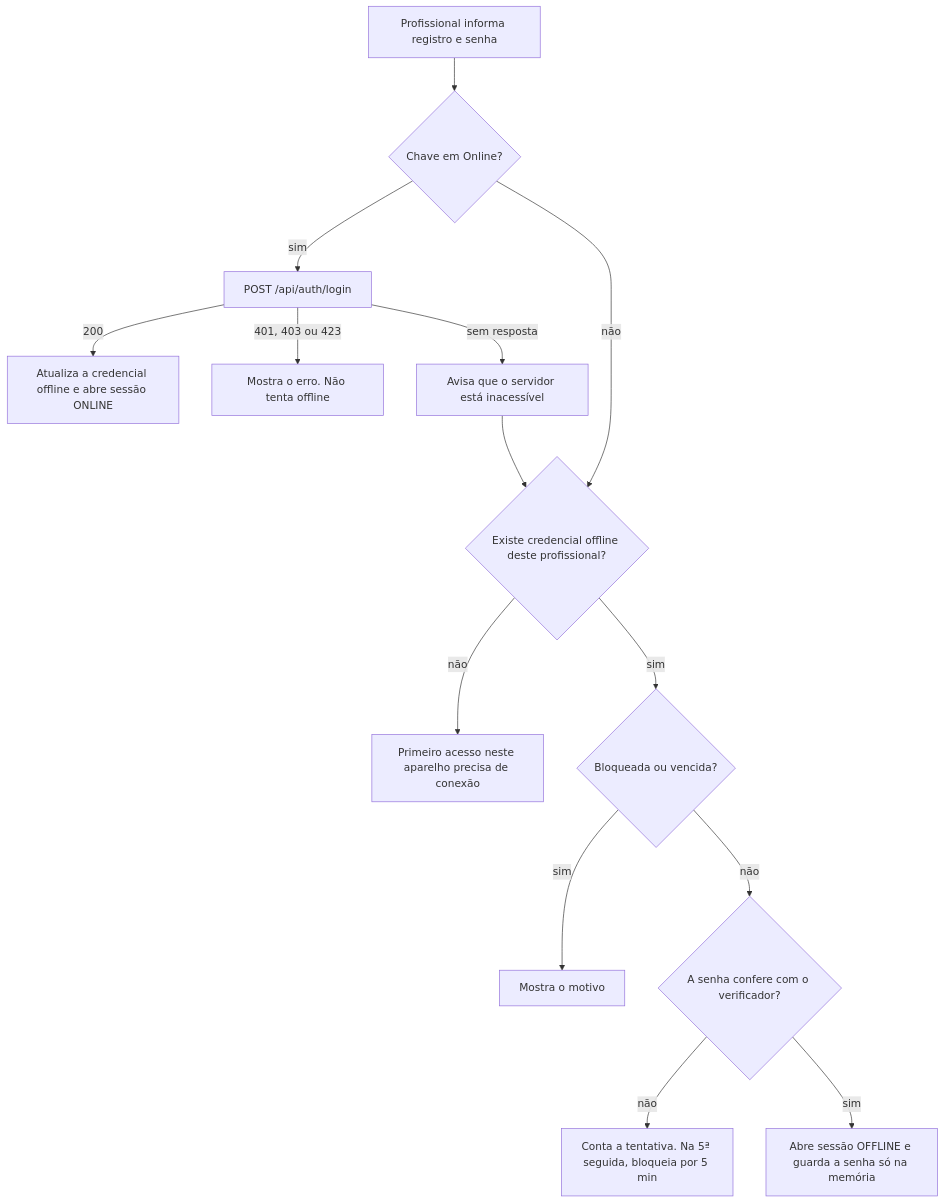
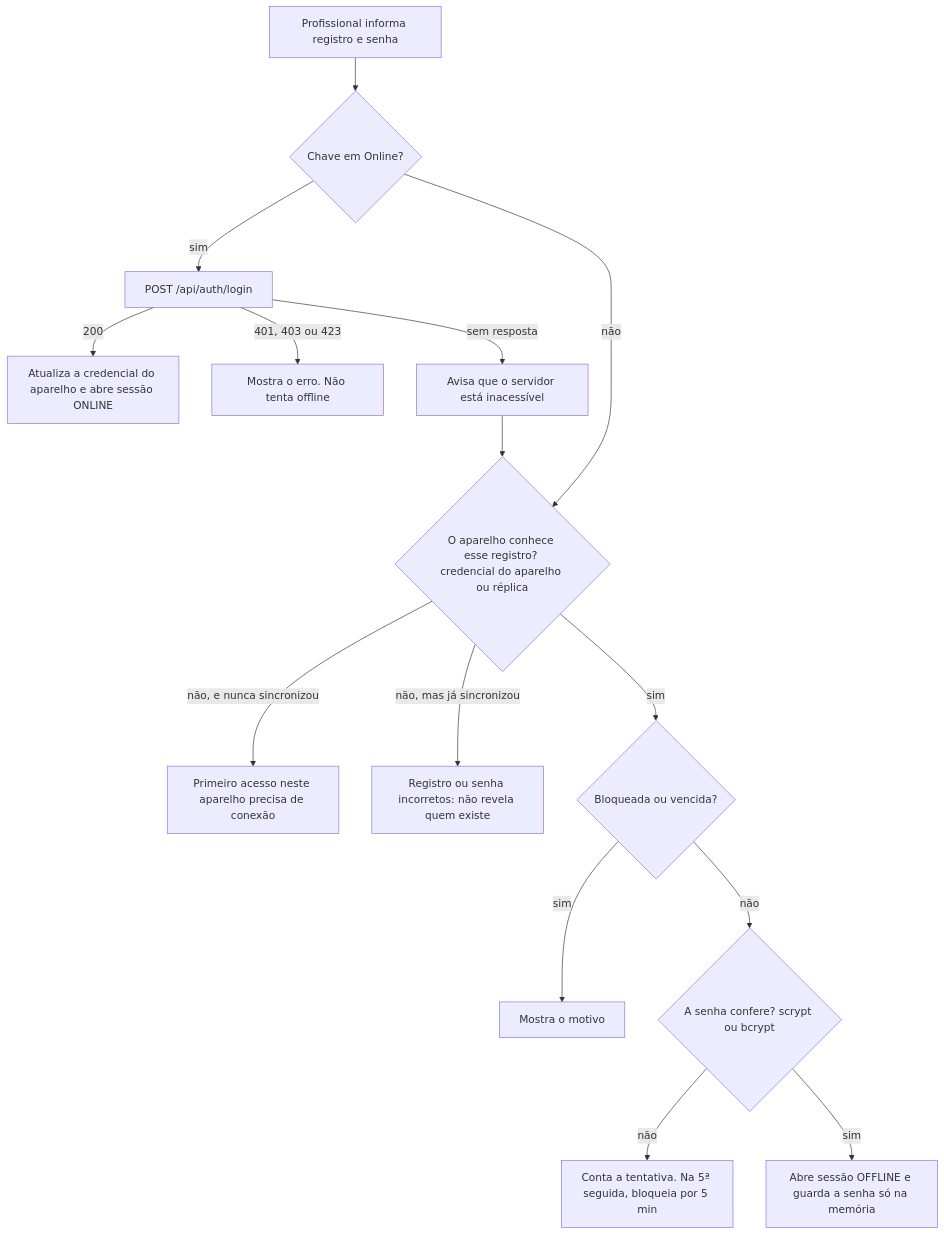
One commit to CezarGarcia/Offline-First-Medical-Record changed the diagram in docs/08-seguranca-e-auditoria.md. Above: the diagram before and after it, drawn with Mermaid. The commit also changed other lines of this file and 24 other files, not shown here.

First line of the commit message:
Login offline pela réplica de credenciais (D-51)

````diff
--- a/docs/08-seguranca-e-auditoria.md
+++ b/docs/08-seguranca-e-auditoria.md
@@ -84,16 +89,17 @@
 ```mermaid
 flowchart TD
     A[Profissional informa registro e senha] --> B{Chave em Online?}
     B -- sim --> C[POST /api/auth/login]
-    C -- 200 --> D[Atualiza a credencial offline e abre sessão ONLINE]
+    C -- 200 --> D[Atualiza a credencial do aparelho e abre sessão ONLINE]
     C -- 401, 403 ou 423 --> E[Mostra o erro. Não tenta offline]
     C -- sem resposta --> F[Avisa que o servidor está inacessível]
     B -- não --> G
-    F --> G{Existe credencial offline deste profissional?}
-    G -- não --> H[Primeiro acesso neste aparelho precisa de conexão]
+    F --> G{O aparelho conhece esse registro? credencial do aparelho ou réplica}
+    G -- não, e nunca sincronizou --> H[Primeiro acesso neste aparelho precisa de conexão]
+    G -- não, mas já sincronizou --> H2[Registro ou senha incorretos: não revela quem existe]
     G -- sim --> I{Bloqueada ou vencida?}
     I -- sim --> J[Mostra o motivo]
-    I -- não --> K{A senha confere com o verificador?}
+    I -- não --> K{A senha confere? scrypt ou bcrypt}
     K -- não --> L[Conta a tentativa. Na 5ª seguida, bloqueia por 5 min]
     K -- sim --> M[Abre sessão OFFLINE e guarda a senha só na memória]
 ```
````
